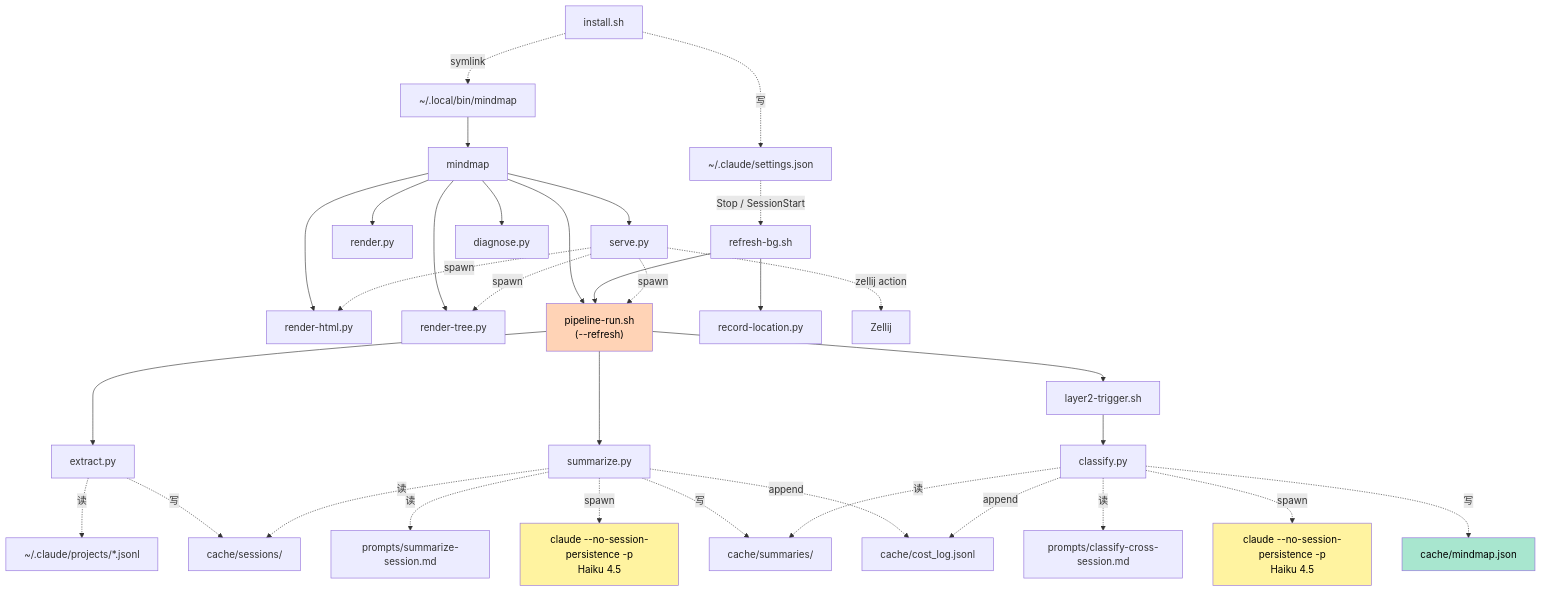
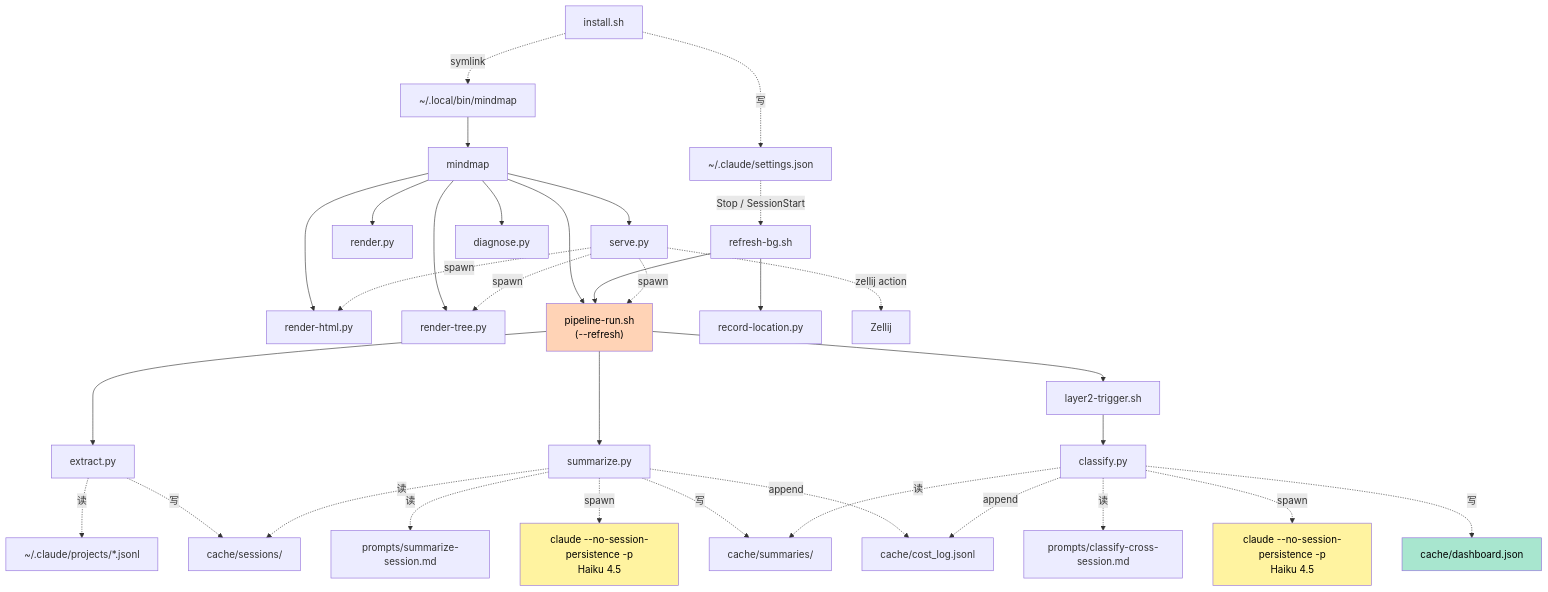
One commit to Icesource/claude-stray changed the second of 8 diagrams in docs/zh-CN/ARCHITECTURE.md. Above: the diagram before and after it, drawn with Mermaid. The commit also changed other lines of this file and 24 other files, not shown here.

First line of the commit message:
docs: 全仓文档去陈旧——mindmap-- → stray--、mindmap.json/.html → dashboard.*,ARCHITECTURE/TROUBLESHOOTING 更新

````diff
--- a/docs/zh-CN/ARCHITECTURE.md
+++ b/docs/zh-CN/ARCHITECTURE.md
@@ -140,48 +144,48 @@
 ```mermaid
 graph TD
     install["install.sh"] -.->|写| set["~/.claude/settings.json"]
     install -.->|symlink| sym["~/.local/bin/mindmap"]
 
     set -.->|"Stop / SessionStart"| bg["refresh-bg.sh"]
     sym --> mm["mindmap"]
 
     mm --> render["render.py"]
     mm --> rh["render-html.py"]
     mm --> rt["render-tree.py"]
     mm --> srv["serve.py"]
     mm --> diag["diagnose.py"]
     mm --> prun["pipeline-run.sh<br/>(--refresh)"]
 
     bg --> rec["record-location.py"]
     bg --> prun
 
     prun --> ext["extract.py"]
     prun --> sum["summarize.py"]
     prun --> trig["layer2-trigger.sh"]
     trig --> cls["classify.py"]
 
     sum -.->|读| p1["prompts/summarize-session.md"]
     cls -.->|读| p2["prompts/classify-cross-session.md"]
 
     sum -.->|spawn| claude1["claude --no-session-persistence -p<br/>Haiku 4.5"]
     cls -.->|spawn| claude2["claude --no-session-persistence -p<br/>Haiku 4.5"]
 
     srv -.->|spawn| rh
     srv -.->|spawn| rt
     srv -.->|spawn| prun
     srv -.->|"zellij action"| zj["Zellij"]
 
     ext -.->|读| jl["~/.claude/projects/*.jsonl"]
     ext -.->|写| sess["cache/sessions/"]
     sum -.->|读| sess
     sum -.->|写| sumdir["cache/summaries/"]
     cls -.->|读| sumdir
-    cls -.->|写| mj["cache/mindmap.json"]
+    cls -.->|写| mj["cache/dashboard.json"]
     sum -.->|append| cl["cache/cost_log.jsonl"]
     cls -.->|append| cl
 
     style mj fill:#a8e6cf,color:#000
     style claude1 fill:#fff3a0,color:#000
     style claude2 fill:#fff3a0,color:#000
     style prun fill:#ffd3b6,color:#000
 ```
````
